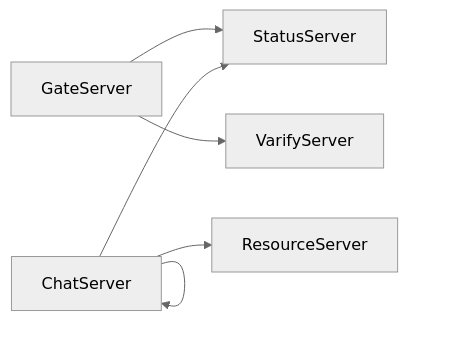
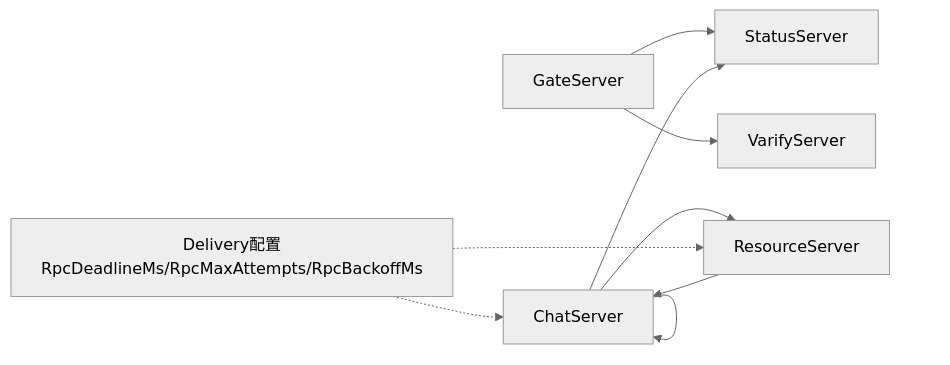
The eighth of 8 diagrams in .qoder/repowiki/zh/content/架构设计/微服务架构设计/服务间通信机制.md (echo9923/mychatter), drawn with Mermaid (neutral theme) before and after one commit. The commit also changed other lines of this file and 54 other files, not shown here.

````diff
--- a/.qoder/repowiki/zh/content/架构设计/微服务架构设计/服务间通信机制.md
+++ b/.qoder/repowiki/zh/content/架构设计/微服务架构设计/服务间通信机制.md
@@ -398,8 +436,11 @@
 ```mermaid
 graph LR
 Gate["GateServer"] --> Status["StatusServer"]
 Gate --> Verify["VarifyServer"]
 Chat["ChatServer"] --> Status
 Chat --> Res["ResourceServer"]
 Chat --> Chat
+Res --> Chat
+Note1["Delivery配置<br/>RpcDeadlineMs/RpcMaxAttempts/RpcBackoffMs"] -.-> Chat
+Note1 -.-> Res
 ```
````
